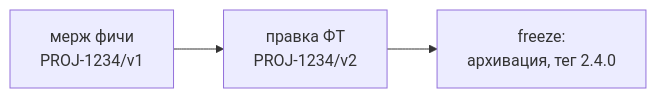
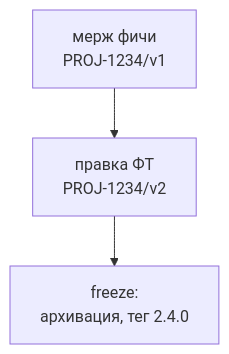
One commit to DanielUsov/SDD-Cookbook changed the diagram in OpenSpec/store/Версионирование и теги Store.md. Above: the diagram before and after it, drawn with Mermaid. The commit also changed 21 other files, not shown here.

````diff
--- a/OpenSpec/store/Версионирование и теги Store.md
+++ b/OpenSpec/store/Версионирование и теги Store.md
@@ -13,5 +13,5 @@
 ```mermaid
-flowchart LR
+flowchart TB
     A["мерж фичи<br/>PROJ-1234/v1"] --> B["правка ФТ<br/>PROJ-1234/v2"]
     B --> C["freeze:<br/>архивация, тег 2.4.0"]
 ```
````
